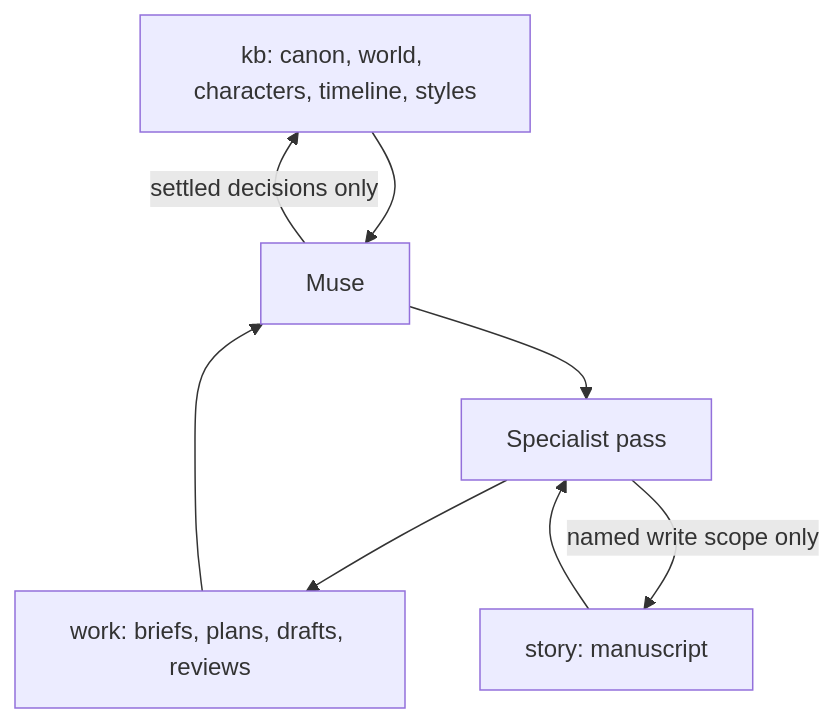
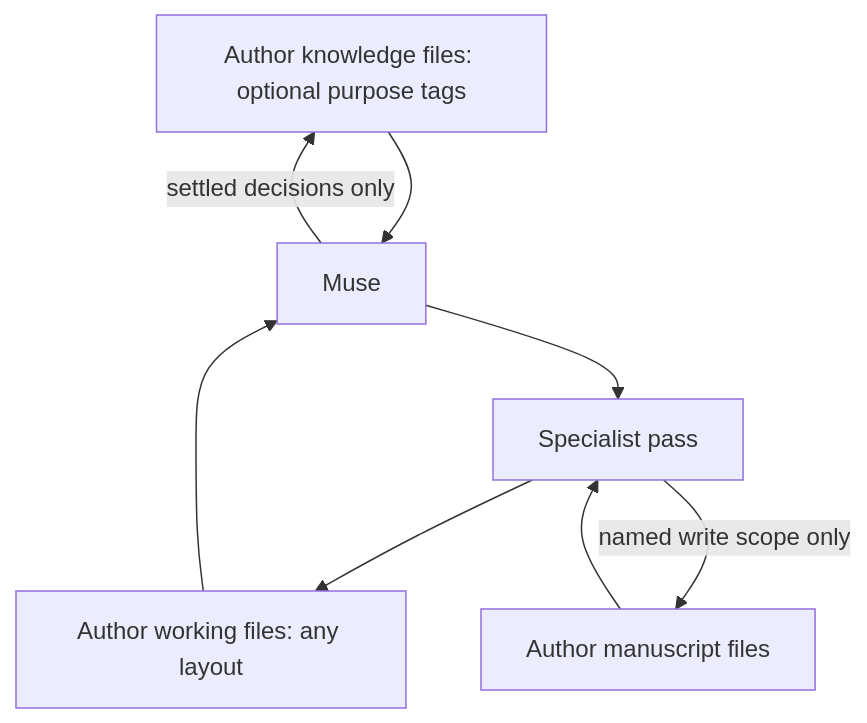
Before and after one commit to InkyQuill/creative-writing-skills: the second of 3 diagrams in docs/architecture.md, drawn with Mermaid. The commit also changed other lines of this file and 132 other files, not shown here.

First line of the commit message:
feat: support author-defined story layouts with optional tags (#21)

````diff
--- a/docs/architecture.md
+++ b/docs/architecture.md
@@ -60,10 +60,10 @@
 ```mermaid
 flowchart TD
-    KB[kb: canon, world, characters, timeline, styles] --> M[Muse]
-    WORK[work: briefs, plans, drafts, reviews] --> M
+    KB[Author knowledge files: optional purpose tags] --> M[Muse]
+    WORK[Author working files: any layout] --> M
     M --> W[Specialist pass]
     W --> WORK
     M -->|settled decisions only| KB
-    STORY[story: manuscript] --> W
+    STORY[Author manuscript files] --> W
     W -->|named write scope only| STORY
 ```
````
